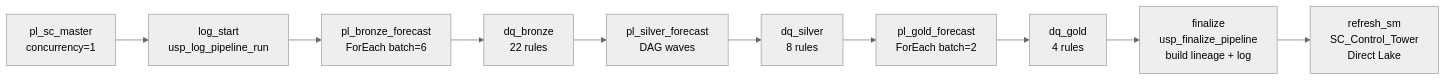
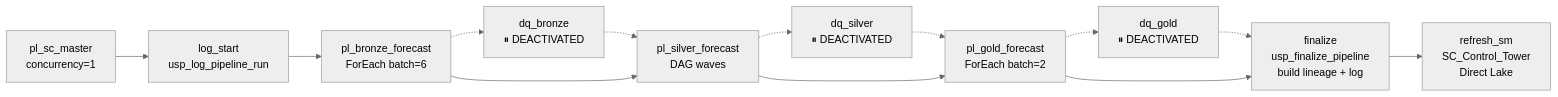
One commit to ankinguyen-engineer-2002/Fabric-v9-Warehouse-Medallion changed the second of 10 diagrams in README.md. Above: the diagram before and after it, drawn with Mermaid (neutral theme). The commit also changed other lines of this file, not shown here.

First line of the commit message:
README: add deactivated warnings to DQ sections + update pipeline diagram

````diff
--- a/README.md
+++ b/README.md
@@ -198,12 +198,15 @@
 ```mermaid
 flowchart LR
     M["pl_sc_master\nconcurrency=1"] --> LS["log_start\nusp_log_pipeline_run"]
     LS --> B["pl_bronze_forecast\nForEach batch=6"]
-    B --> DQB["dq_bronze\n22 rules"]
-    DQB --> S["pl_silver_forecast\nDAG waves"]
-    S --> DQS["dq_silver\n8 rules"]
-    DQS --> G["pl_gold_forecast\nForEach batch=2"]
-    G --> DQG["dq_gold\n4 rules"]
-    DQG --> FN["finalize\nusp_finalize_pipeline\nbuild lineage + log"]
+    B -.-> DQB["dq_bronze\n⏸ DEACTIVATED"]
+    DQB -.-> S["pl_silver_forecast\nDAG waves"]
+    B --> S
+    S -.-> DQS["dq_silver\n⏸ DEACTIVATED"]
+    DQS -.-> G["pl_gold_forecast\nForEach batch=2"]
+    S --> G
+    G -.-> DQG["dq_gold\n⏸ DEACTIVATED"]
+    DQG -.-> FN["finalize\nusp_finalize_pipeline\nbuild lineage + log"]
+    G --> FN
     FN --> SM["refresh_sm\nSC_Control_Tower\nDirect Lake"]
 ```
````
